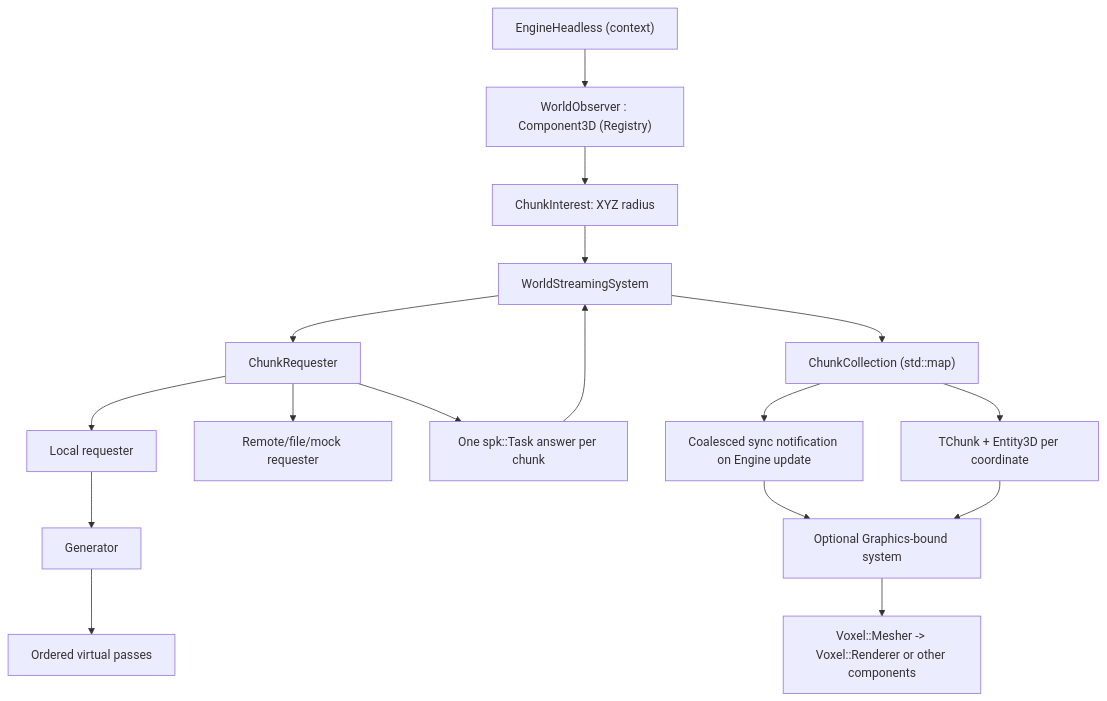
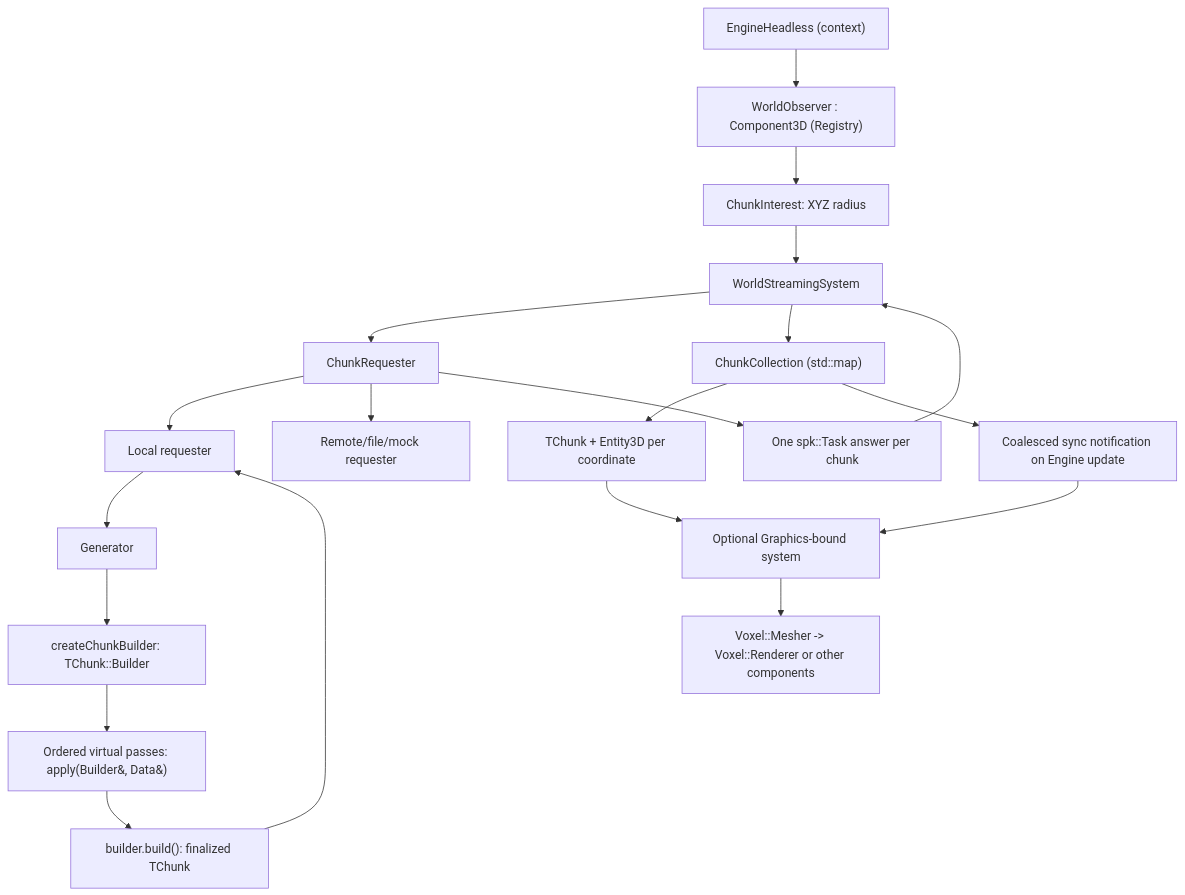
Before and after one commit to EreliaStudio/Sparkle: the diagram in docs/world-generation-v0.1.5/architecture.md, drawn with Mermaid. The commit also changed other lines of this file and 11 other files, not shown here.

Commit message:
docs(v0.1.5): use concrete chunk builders in generation passes and track remaining architecture decisions

```diff
--- a/docs/world-generation-v0.1.5/architecture.md
+++ b/docs/world-generation-v0.1.5/architecture.md
@@ -7,18 +7,21 @@
 ~~~mermaid
 flowchart TD
     E["EngineHeadless (context)"] --> O["WorldObserver : Component3D (Registry)"]
     O --> I["ChunkInterest: XYZ radius"]
     I --> S["WorldStreamingSystem<TChunk>"]
     S --> R["ChunkRequester<TChunk>"]
     R --> L["Local requester"] & N["Remote/file/mock requester"]
     L --> G["Generator<TChunk, TGenerationData>"]
-    G --> P["Ordered virtual passes"]
+    G --> B["createChunkBuilder: TChunk::Builder"]
+    B --> P["Ordered virtual passes: apply(Builder&, Data&)"]
+    P --> F["builder.build(): finalized TChunk"]
+    F --> L
     R --> T["One spk::Task answer per chunk"]
     T --> S
     S --> C["ChunkCollection<TChunk> (std::map)"]
     C --> X["TChunk + Entity3D per coordinate"]
     C --> Q["Coalesced sync notification on Engine update"]
     Q --> V["Optional Graphics-bound system"]
     X --> V
     V --> RC["Voxel::Mesher -> Voxel::Renderer or other components"]
 ~~~
```
